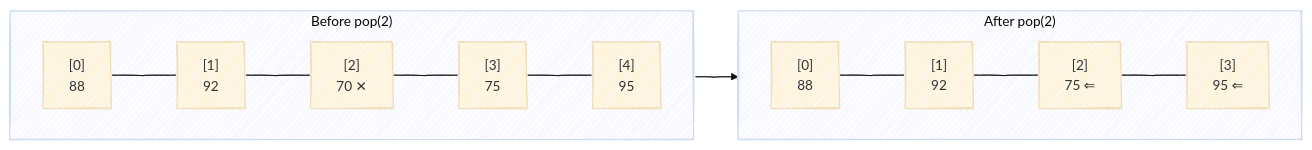
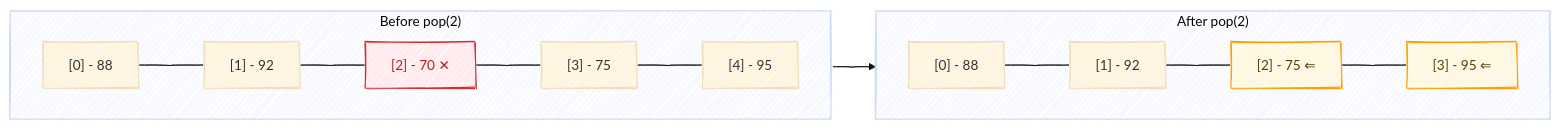
The fifth of 9 diagrams in jekyll/array-fundamentals.md (jimmy706/junedang-blog-pages), drawn with Mermaid (base theme) before and after one commit. The commit also changed other lines of this file, not shown here.

```diff
--- a/jekyll/array-fundamentals.md
+++ b/jekyll/array-fundamentals.md
@@ -243,16 +247,19 @@
 <pre class="mermaid">
 ---
 config:
   look: handDrawn
 ---
 flowchart LR
+    classDef deleted fill:#ffebee,stroke:#d32f2f,color:#b71c1c;
+    classDef shifted fill:#fff8e1,stroke:#ffa000,color:#5c3a00;
+
     subgraph Before["Before pop(2)"]
         direction LR
-        B0["[0]\n88"] --- B1["[1]\n92"] --- B2["[2]\n70 ✕"] --- B3["[3]\n75"] --- B4["[4]\n95"]
+        B0["[0] - 88"] --- B1["[1] - 92"] --- B2["[2] - 70 ✕"]:::deleted --- B3["[3] - 75"] --- B4["[4] - 95"]
     end
     subgraph After["After pop(2)"]
         direction LR
-        A0["[0]\n88"] --- A1["[1]\n92"] --- A2["[2]\n75 ⇐"] --- A3["[3]\n95 ⇐"]
+        A0["[0] - 88"] --- A1["[1] - 92"] --- A2["[2] - 75 ⇐"]:::shifted --- A3["[3] - 95 ⇐"]:::shifted
     end
     Before --> After
 </pre>
```
